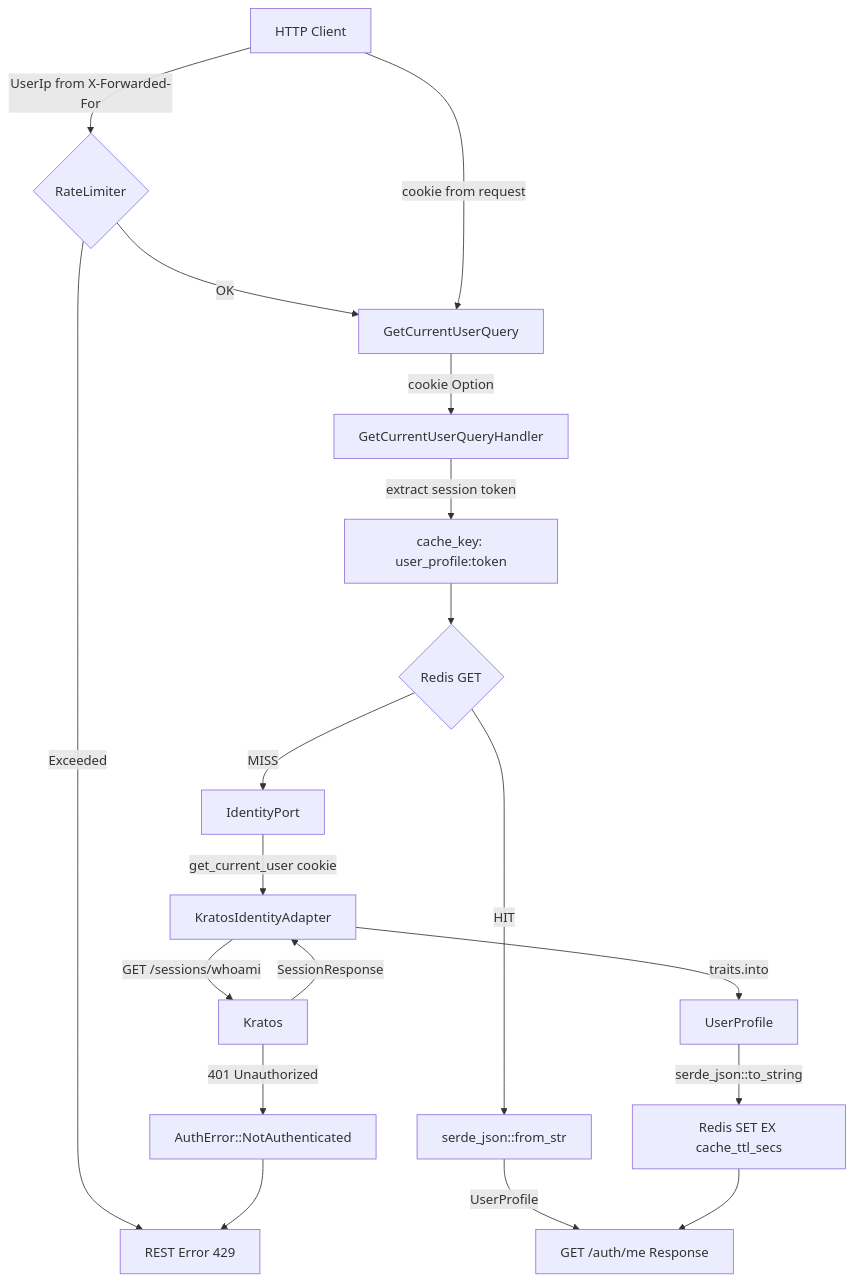
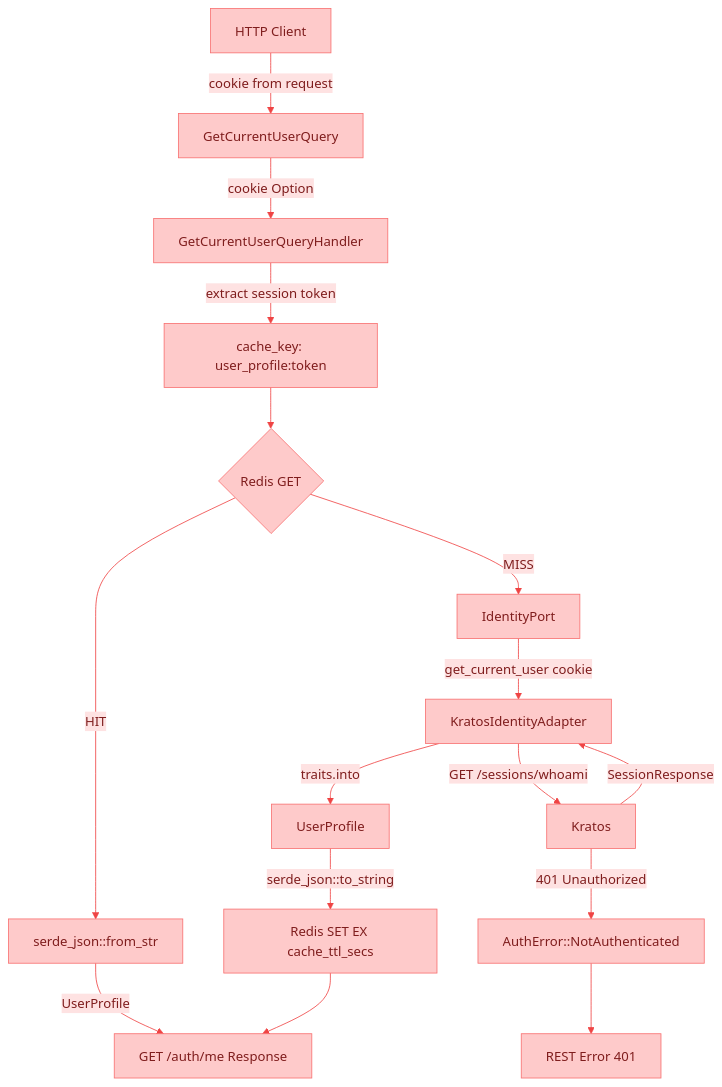
One commit to justventure/engineer-challenge changed the second of 3 diagrams in README.md. Above: the diagram before and after it, drawn with Mermaid. The commit also changed other lines of this file, not shown here.

````diff
--- a/README.md
+++ b/README.md
@@ -105,26 +94,20 @@
 ```mermaid
+%%{init: {'theme': 'base', 'themeVariables': {'primaryColor': '#FECACA', 'primaryTextColor': '#7F1D1D', 'primaryBorderColor': '#F87171', 'lineColor': '#EF4444', 'secondaryColor': '#FEE2E2', 'tertiaryColor': '#FFF1F1'}}}%%
 flowchart TD
     Client[HTTP Client]
-    Client -->|UserIp from X-Forwarded-For| RateLimit{RateLimiter}
-    RateLimit -->|Exceeded| RestError[REST Error 429]
-    RateLimit -->|OK| GetCurrentUserQuery
     Client -->|cookie from request| GetCurrentUserQuery
-
     GetCurrentUserQuery -->|cookie Option| GetCurrentUserQueryHandler
     GetCurrentUserQueryHandler -->|extract session token| CacheKey[cache_key: user_profile:token]
-
     CacheKey --> RedisLookup{Redis GET}
     RedisLookup -->|HIT| Deserialize[serde_json::from_str]
     Deserialize -->|UserProfile| RestResponse[GET /auth/me Response]
-
     RedisLookup -->|MISS| IdentityPort
     IdentityPort -->|get_current_user cookie| KratosIdentityAdapter
     KratosIdentityAdapter -->|GET /sessions/whoami| Kratos
     Kratos -->|401 Unauthorized| AuthError[AuthError::NotAuthenticated]
-    AuthError --> RestError
-
+    AuthError --> RestError[REST Error 401]
     Kratos -->|SessionResponse| KratosIdentityAdapter
     KratosIdentityAdapter -->|traits.into| UserProfile
     UserProfile -->|serde_json::to_string| RedisSet[Redis SET EX cache_ttl_secs]
     RedisSet --> RestResponse
 ```
````
